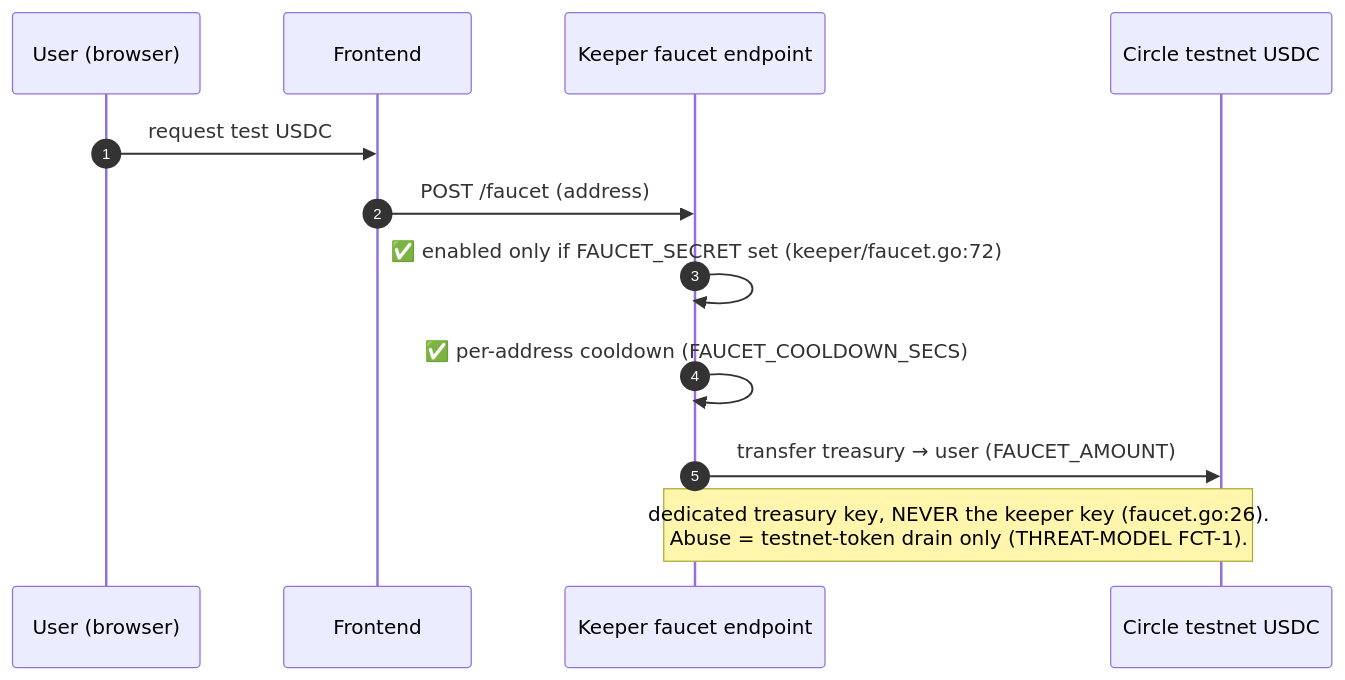
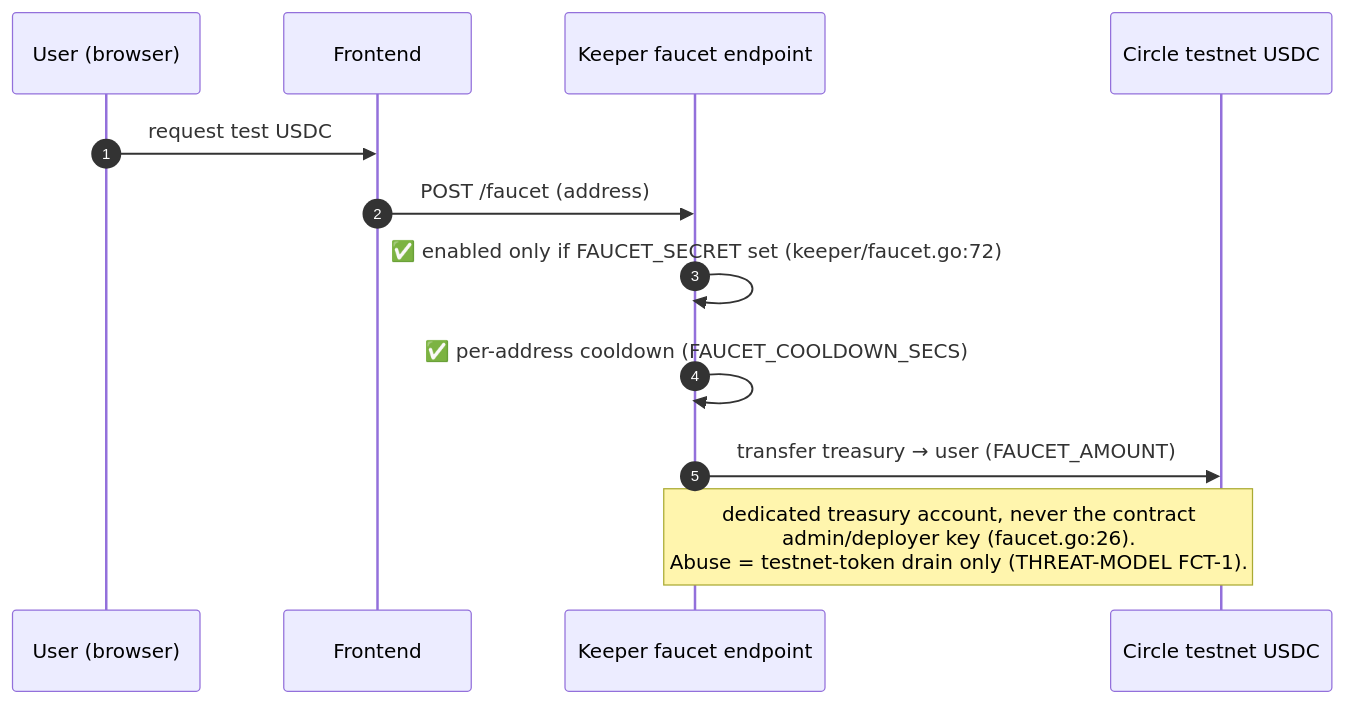
One commit to Nectar-Network/nectar changed the ninth of 9 diagrams in docs/security/DATAFLOW.md. Above: the diagram before and after it, drawn with Mermaid. The commit also changed other lines of this file and 3 other files, not shown here.

````diff
--- a/docs/security/DATAFLOW.md
+++ b/docs/security/DATAFLOW.md
@@ -317,15 +321,15 @@
 ```mermaid
 sequenceDiagram
     autonumber
     participant U as User (browser)
     participant FE as Frontend
     participant F as Keeper faucet endpoint
     participant T as Circle testnet USDC
 
     U->>FE: request test USDC
     FE->>F: POST /faucet (address)
     F->>F: ✅ enabled only if FAUCET_SECRET set (keeper/faucet.go:72)
     F->>F: ✅ per-address cooldown (FAUCET_COOLDOWN_SECS)
     F->>T: transfer treasury → user (FAUCET_AMOUNT)
-    Note over F,T: dedicated treasury key, NEVER the keeper key (faucet.go:26).<br/>Abuse = testnet-token drain only (THREAT-MODEL FCT-1).
+    Note over F,T: dedicated treasury account, never the contract<br/>admin/deployer key (faucet.go:26).<br/>Abuse = testnet-token drain only (THREAT-MODEL FCT-1).
 ```
````
